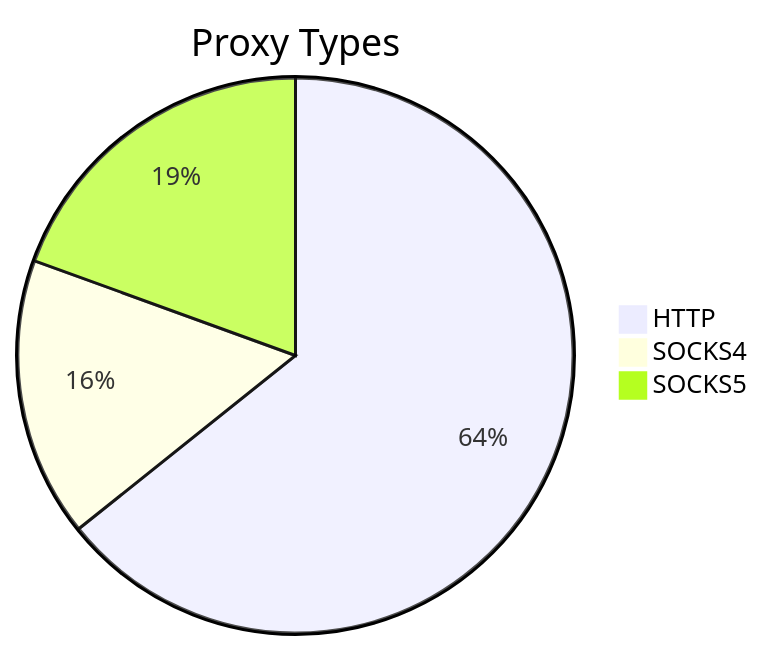
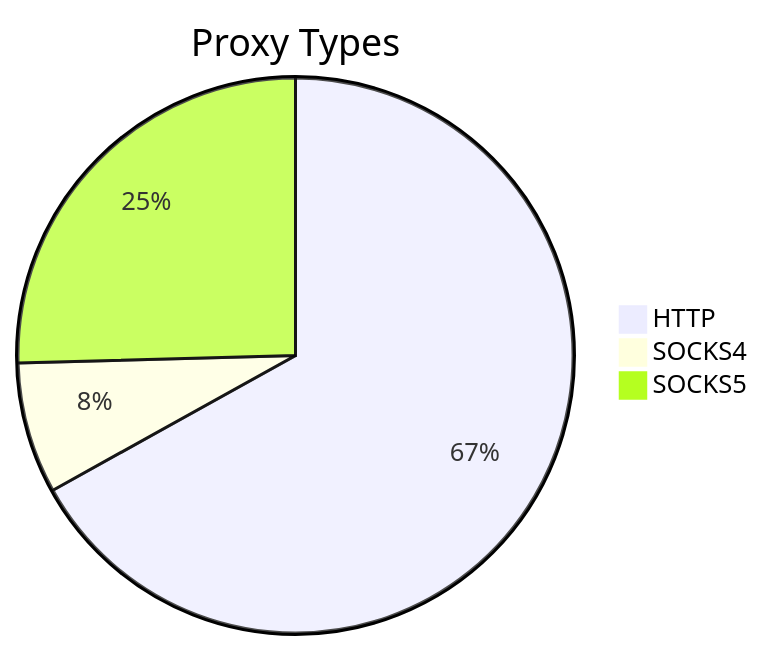
One commit to stormsia/proxy-list changed the first of 2 diagrams in README.md. Above: the diagram before and after it, drawn with Mermaid. The commit also changed other lines of this file, not shown here.

````diff
--- a/README.md
+++ b/README.md
@@ -21,6 +21,6 @@
 ```mermaid
 pie title Proxy Types
-    "HTTP" : 687
-    "SOCKS4" : 174
-    "SOCKS5" : 208
+    "HTTP" : 587
+    "SOCKS4" : 67
+    "SOCKS5" : 223
 ```
````
